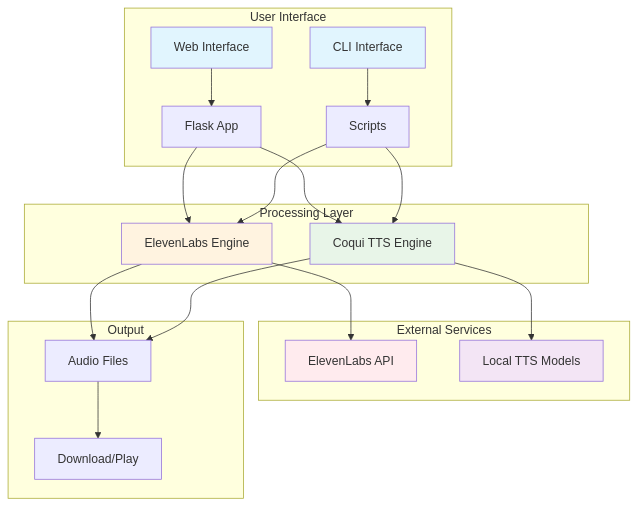
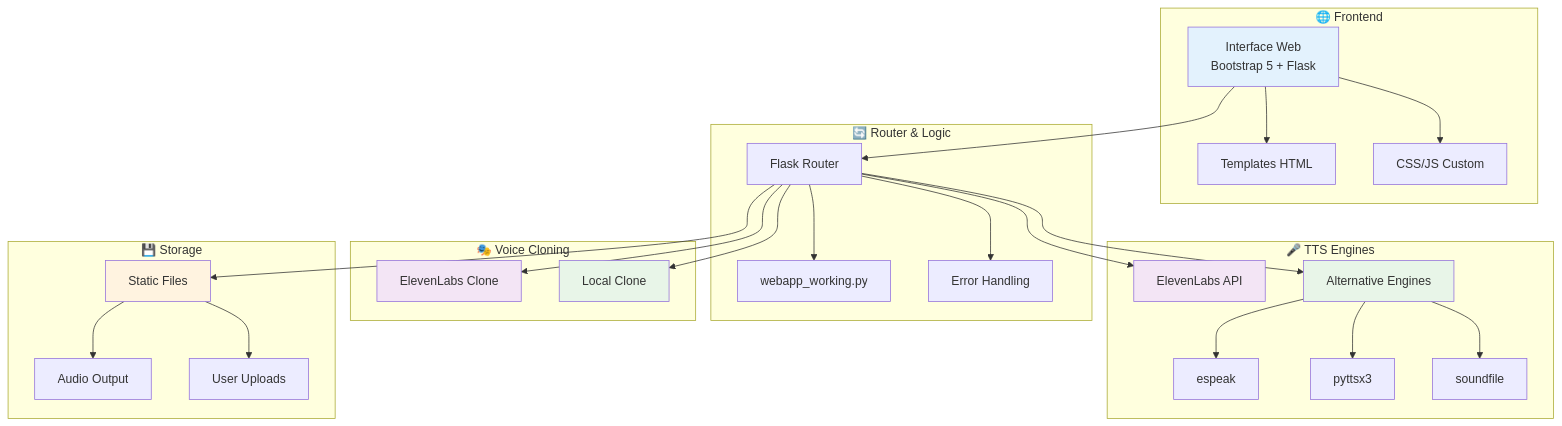
The diagram in README.md (EdissonGirald0/s-ntesis-de-voz), drawn with Mermaid before and after one commit. The commit also changed other lines of this file and 156 other files, not shown here.

````diff
--- a/README.md
+++ b/README.md
@@ -54,32 +29,56 @@
 ```mermaid
 graph TB
-    subgraph "User Interface"
-        A[Web Interface] --> B[Flask App]
-        C[CLI Interface] --> D[Scripts]
+    subgraph "🌐 Frontend"
+        A[Interface Web<br/>Bootstrap 5 + Flask]
+        A1[Templates HTML]
+        A2[CSS/JS Custom]
+        A --> A1
+        A --> A2
     end
     
-    subgraph "Processing Layer"
-        B --> E[ElevenLabs Engine]
-        B --> F[Coqui TTS Engine]
-        D --> E
-        D --> F
+    subgraph "🔄 Router & Logic"
+        B[Flask Router]
+        B1[webapp_working.py]
+        B2[Error Handling]
+        B --> B1
+        B --> B2
     end
     
-    subgraph "External Services"
-        E --> G[ElevenLabs API]
-        F --> H[Local TTS Models]
+    subgraph "🎤 TTS Engines"
+        C[ElevenLabs API]
+        D[Alternative Engines]
+        D1[espeak]
+        D2[pyttsx3]
+        D3[soundfile]
+        D --> D1
+        D --> D2
+        D --> D3
     end
     
-    subgraph "Output"
-        E --> I[Audio Files]
-        F --> I
-        I --> J[Download/Play]
+    subgraph "🎭 Voice Cloning"
+        E[ElevenLabs Clone]
+        F[Local Clone]
     end
     
-    style A fill:#e1f5fe
-    style C fill:#e1f5fe
-    style E fill:#fff3e0
+    subgraph "💾 Storage"
+        G[Static Files]
+        G1[Audio Output]
+        G2[User Uploads]
+        G --> G1
+        G --> G2
+    end
+    
+    A --> B
+    B --> C
+    B --> D
+    B --> E
+    B --> F
+    B --> G
+    
+    style A fill:#e3f2fd
+    style C fill:#f3e5f5
+    style D fill:#e8f5e8
+    style E fill:#f3e5f5
     style F fill:#e8f5e8
-    style G fill:#ffebee
-    style H fill:#f3e5f5
+    style G fill:#fff3e0
 ```
````
